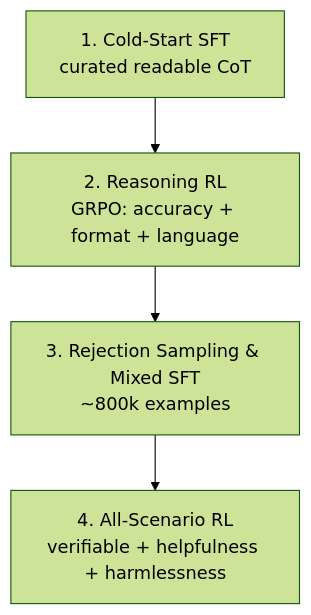
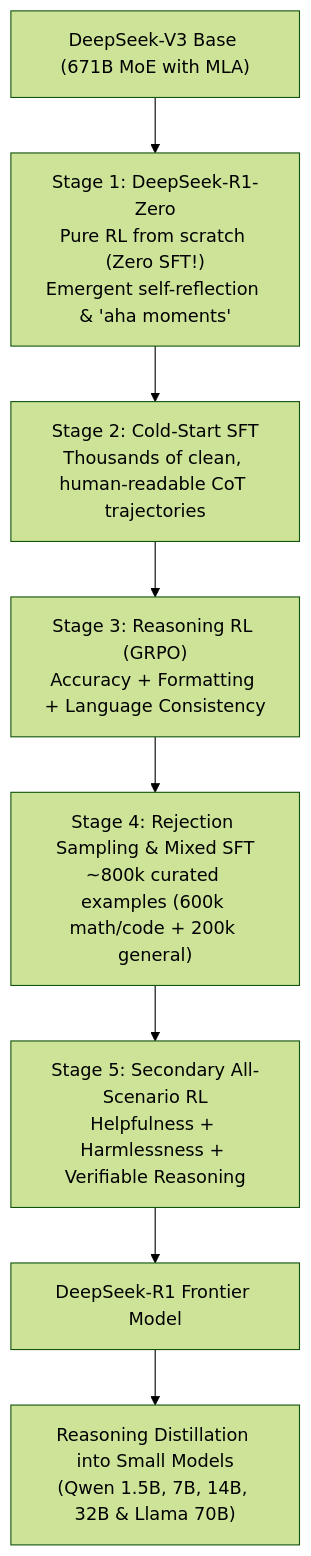
The fifth of 5 diagrams in content/docs/ai-agents/agentic-ai/06-llm-reasoning-grpo-and-r1.mdx (1345AbhishekKumar/cs-cookbook), drawn with Mermaid (forest theme) before and after one commit. The commit also changed other lines of this file and 299 other files, not shown here.

````diff
--- a/content/docs/ai-agents/agentic-ai/06-llm-reasoning-grpo-and-r1.mdx
+++ b/content/docs/ai-agents/agentic-ai/06-llm-reasoning-grpo-and-r1.mdx
@@ -124,6 +176,12 @@
 ```mermaid
 flowchart TD
-    S1["1. Cold-Start SFT<br/>curated readable CoT"] --> S2["2. Reasoning RL<br/>GRPO: accuracy + format + language"]
-    S2 --> S3["3. Rejection Sampling & Mixed SFT<br/>~800k examples"]
-    S3 --> S4["4. All-Scenario RL<br/>verifiable + helpfulness + harmlessness"]
+    Base["DeepSeek-V3 Base (671B MoE with MLA)"] --> R1Zero["Stage 1: DeepSeek-R1-Zero<br/>Pure RL from scratch (Zero SFT!)<br/>Emergent self-reflection & 'aha moments'"]
+    
+    R1Zero --> SFT1["Stage 2: Cold-Start SFT<br/>Thousands of clean, human-readable CoT trajectories"]
+    SFT1 --> RL1["Stage 3: Reasoning RL (GRPO)<br/>Accuracy + Formatting + Language Consistency"]
+    RL1 --> Rejection["Stage 4: Rejection Sampling & Mixed SFT<br/>~800k curated examples (600k math/code + 200k general)"]
+    Rejection --> RL2["Stage 5: Secondary All-Scenario RL<br/>Helpfulness + Harmlessness + Verifiable Reasoning"]
+    
+    RL2 --> Final["DeepSeek-R1 Frontier Model"]
+    Final --> Distill["Reasoning Distillation into Small Models<br/>(Qwen 1.5B, 7B, 14B, 32B & Llama 70B)"]
 ```
````
